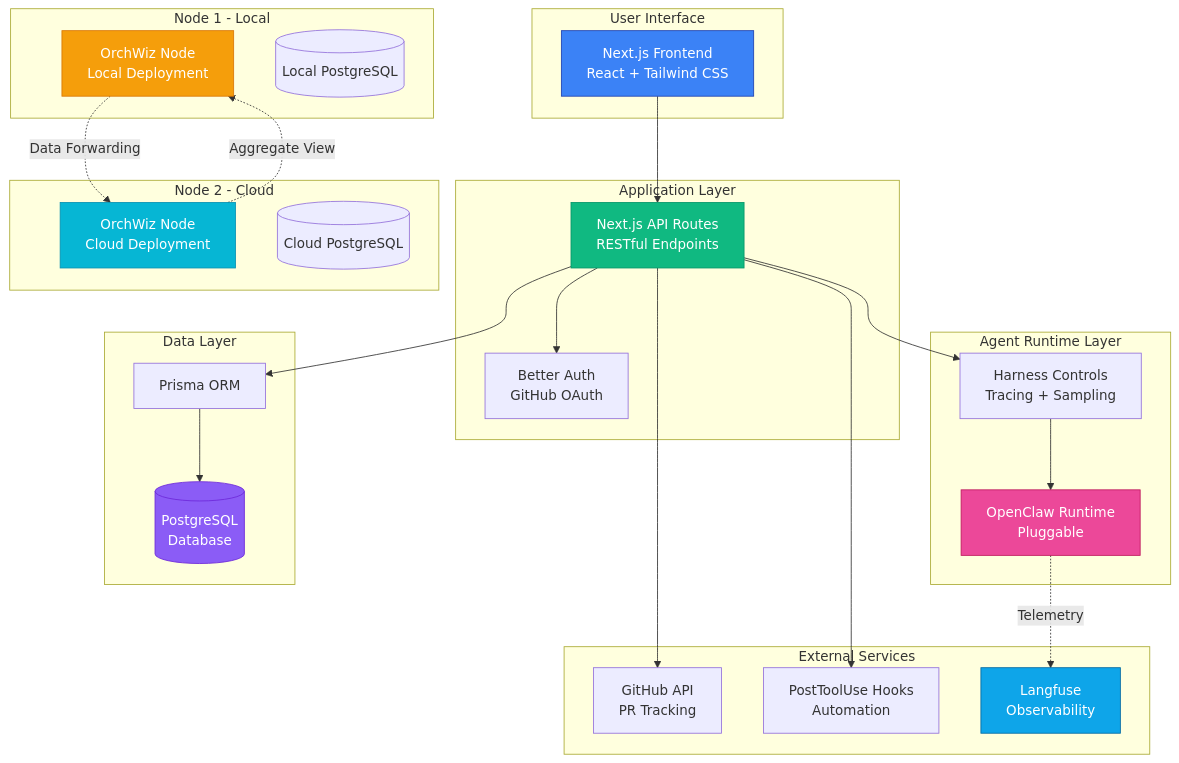
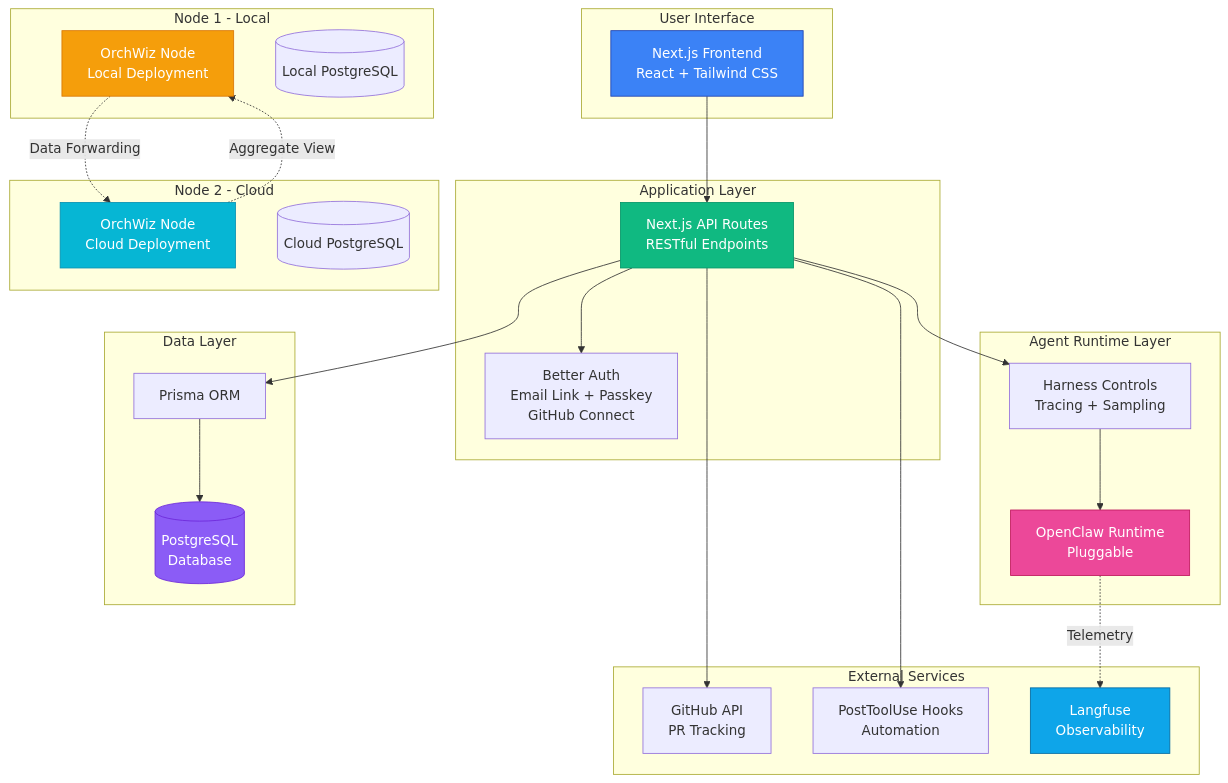
Before and after one commit to QSchlegel/OrchWiz: the first of 3 diagrams in README.md, drawn with Mermaid. The commit also changed other lines of this file and 141 other files, not shown here.

````diff
--- a/README.md
+++ b/README.md
@@ -45,59 +45,59 @@
 ```mermaid
 graph TB
     subgraph "User Interface"
         UI[Next.js Frontend<br/>React + Tailwind CSS]
     end
     
     subgraph "Application Layer"
         API[Next.js API Routes<br/>RESTful Endpoints]
-        AUTH[Better Auth<br/>GitHub OAuth]
+        AUTH[Better Auth<br/>Email Link + Passkey<br/>GitHub Connect]
     end
 
     subgraph "Agent Runtime Layer"
         HARNESS[Harness Controls<br/>Tracing + Sampling]
         OC[OpenClaw Runtime<br/>Pluggable]
     end
     
     subgraph "Data Layer"
         PRISMA[Prisma ORM]
         DB[(PostgreSQL<br/>Database)]
     end
     
     subgraph "Node 1 - Local"
         N1[OrchWiz Node<br/>Local Deployment]
         N1DB[(Local PostgreSQL)]
     end
     
     subgraph "Node 2 - Cloud"
         N2[OrchWiz Node<br/>Cloud Deployment]
         N2DB[(Cloud PostgreSQL)]
     end
     
     subgraph "External Services"
         GITHUB[GitHub API<br/>PR Tracking]
         HOOKS[PostToolUse Hooks<br/>Automation]
         LANGFUSE[Langfuse<br/>Observability]
     end
     
     UI --> API
     API --> AUTH
     API --> HARNESS
     HARNESS --> OC
     API --> PRISMA
     PRISMA --> DB
     
     N1 -.->|Data Forwarding| N2
     N2 -.->|Aggregate View| N1
     
     API --> GITHUB
     API --> HOOKS
     OC -.->|Telemetry| LANGFUSE
     
     style UI fill:#3b82f6,stroke:#1e40af,color:#fff
     style API fill:#10b981,stroke:#059669,color:#fff
     style DB fill:#8b5cf6,stroke:#6d28d9,color:#fff
     style N1 fill:#f59e0b,stroke:#d97706,color:#fff
     style N2 fill:#06b6d4,stroke:#0891b2,color:#fff
     style OC fill:#ec4899,stroke:#be185d,color:#fff
     style LANGFUSE fill:#0ea5e9,stroke:#0369a1,color:#fff
 ```
````
